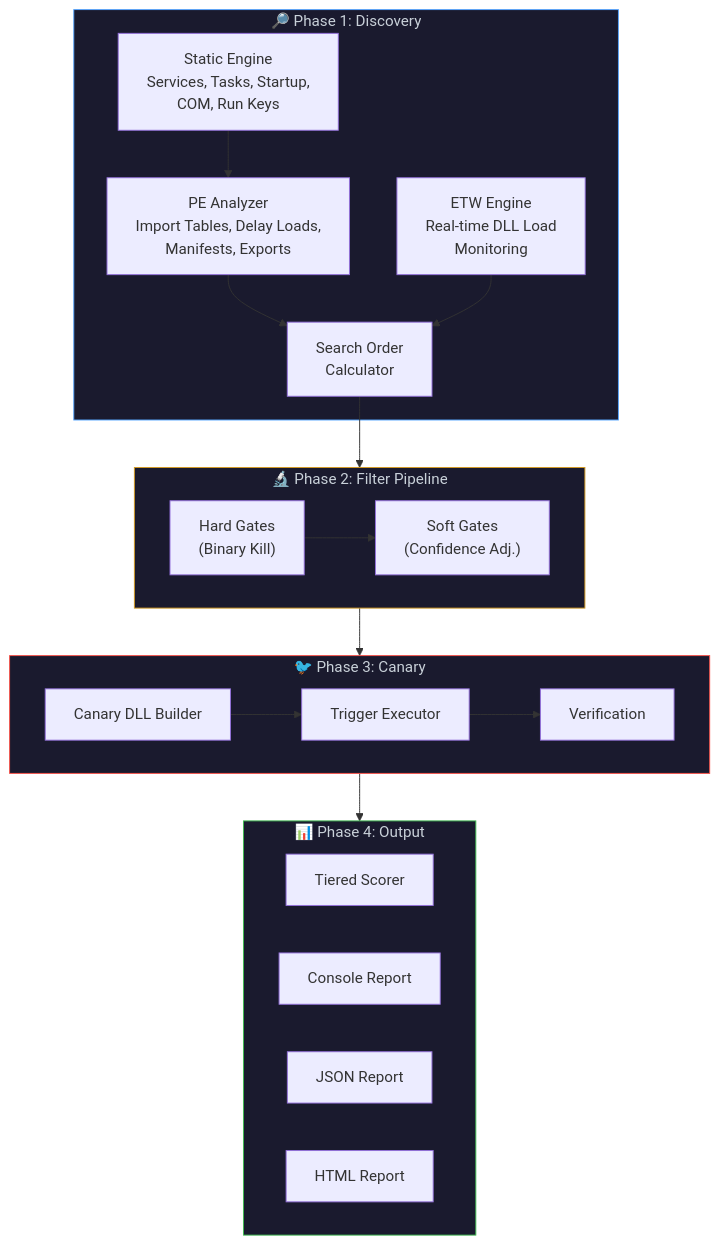
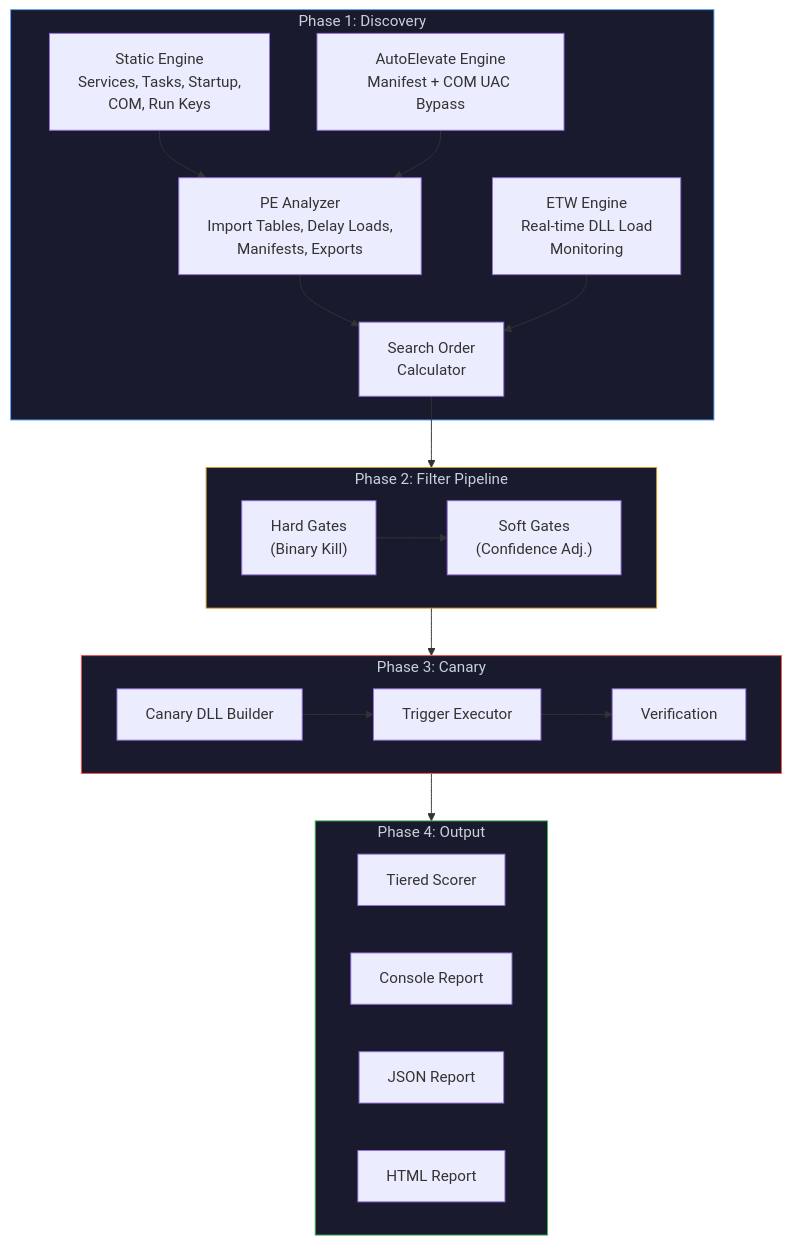
The first of 3 diagrams in README.md (ghostvectoracademy/DLLHijackHunter), drawn with Mermaid before and after one commit. The commit also changed other lines of this file and 8 other files, not shown here.

First line of the commit message:
Add UAC bypass module: COM AutoElevation, side-load simulation, and improvements

````diff
--- a/README.md
+++ b/README.md
@@ -45,41 +33,43 @@
 ```mermaid
 flowchart TB
-    subgraph Phase1["🔎 Phase 1: Discovery"]
+    subgraph Phase1["Phase 1: Discovery"]
         SE["Static Engine<br/>Services, Tasks, Startup,<br/>COM, Run Keys"]
+        AE["AutoElevate Engine<br/>Manifest + COM UAC Bypass"]
         PE["PE Analyzer<br/>Import Tables, Delay Loads,<br/>Manifests, Exports"]
         ETW["ETW Engine<br/>Real-time DLL Load<br/>Monitoring"]
         SO["Search Order<br/>Calculator"]
     end
 
-    subgraph Phase2["🔬 Phase 2: Filter Pipeline"]
+    subgraph Phase2["Phase 2: Filter Pipeline"]
         direction LR
         HG["Hard Gates<br/>(Binary Kill)"]
         SG["Soft Gates<br/>(Confidence Adj.)"]
     end
 
-    subgraph Phase3["🐦 Phase 3: Canary"]
+    subgraph Phase3["Phase 3: Canary"]
         CB["Canary DLL Builder"]
         TE["Trigger Executor"]
         VF["Verification"]
     end
 
-    subgraph Phase4["📊 Phase 4: Output"]
+    subgraph Phase4["Phase 4: Output"]
         SC["Tiered Scorer"]
         RC["Console Report"]
         RJ["JSON Report"]
         RH["HTML Report"]
     end
 
     SE --> PE --> SO
+    AE --> PE
     ETW --> SO
     SO --> Phase2
     HG --> SG
     Phase2 --> Phase3
     CB --> TE --> VF
     Phase3 --> Phase4
 
     style Phase1 fill:#1a1a2e,stroke:#58a6ff,color:#c9d1d9
     style Phase2 fill:#1a1a2e,stroke:#d29922,color:#c9d1d9
     style Phase3 fill:#1a1a2e,stroke:#f85149,color:#c9d1d9
     style Phase4 fill:#1a1a2e,stroke:#3fb950,color:#c9d1d9
 ```
````
